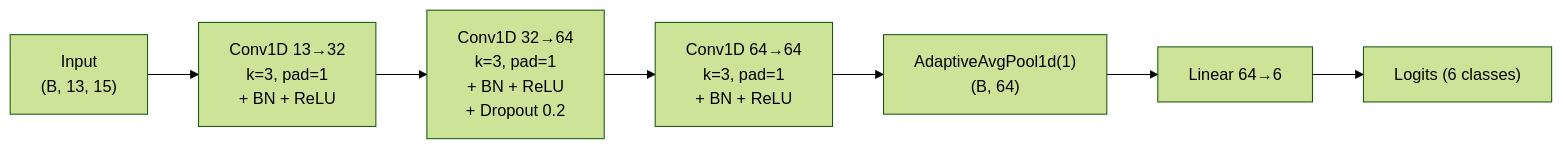
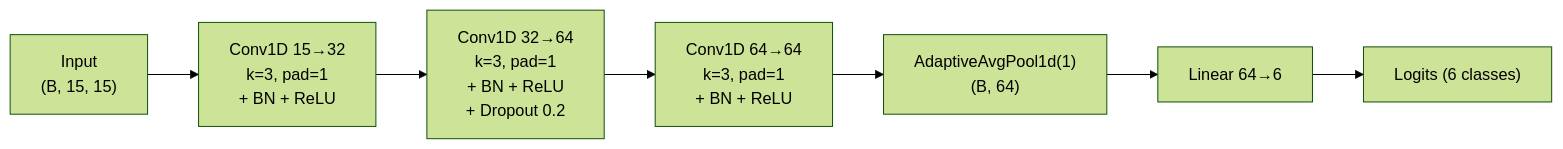
One commit to hrishikeshjh/AttentionTrackerOSS changed the third of 3 diagrams in README-v2.0.md. Above: the diagram before and after it, drawn with Mermaid (forest theme). The commit also changed other lines of this file and 10 other files, not shown here.

````diff
--- a/README-v2.0.md
+++ b/README-v2.0.md
@@ -224,9 +241,9 @@
 ```mermaid
 flowchart LR
-    IN["Input<br/>(B, 13, 15)"] --> C1["Conv1D 13→32<br/>k=3, pad=1<br/>+ BN + ReLU"]
+    IN["Input<br/>(B, 15, 15)"] --> C1["Conv1D 15→32<br/>k=3, pad=1<br/>+ BN + ReLU"]
     C1 --> C2["Conv1D 32→64<br/>k=3, pad=1<br/>+ BN + ReLU<br/>+ Dropout 0.2"]
     C2 --> C3["Conv1D 64→64<br/>k=3, pad=1<br/>+ BN + ReLU"]
     C3 --> GAP["AdaptiveAvgPool1d(1)<br/>(B, 64)"]
     GAP --> FC["Linear 64→6"]
     FC --> OUT["Logits (6 classes)"]
 ```
````
